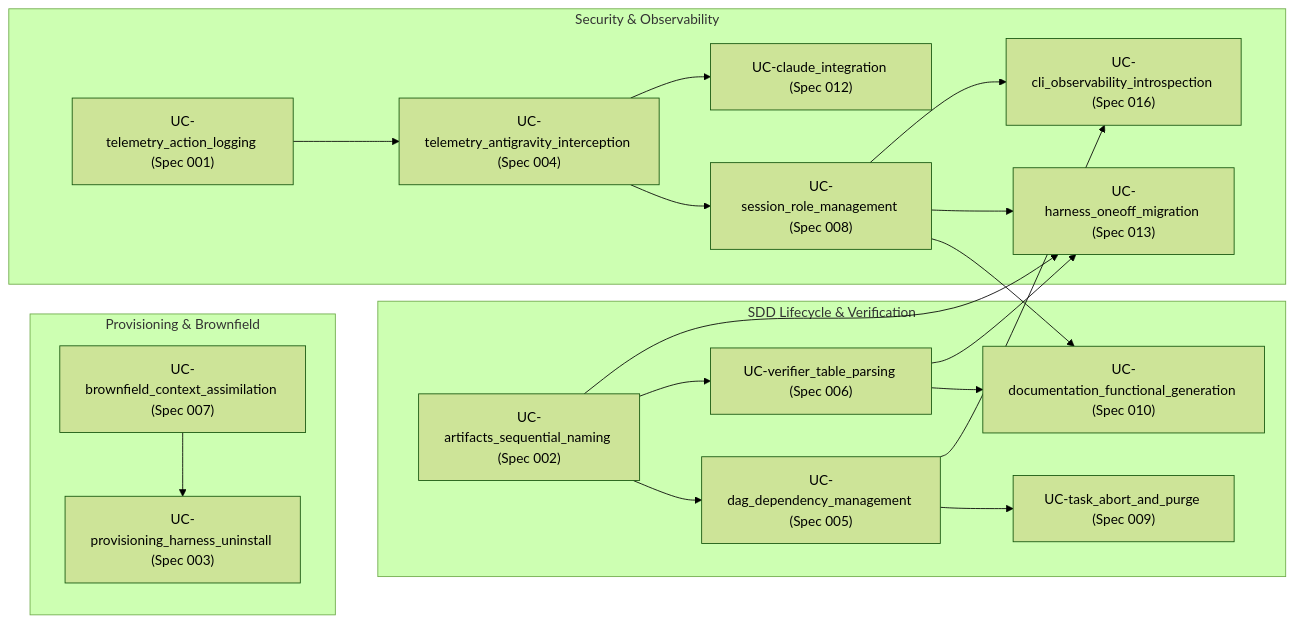
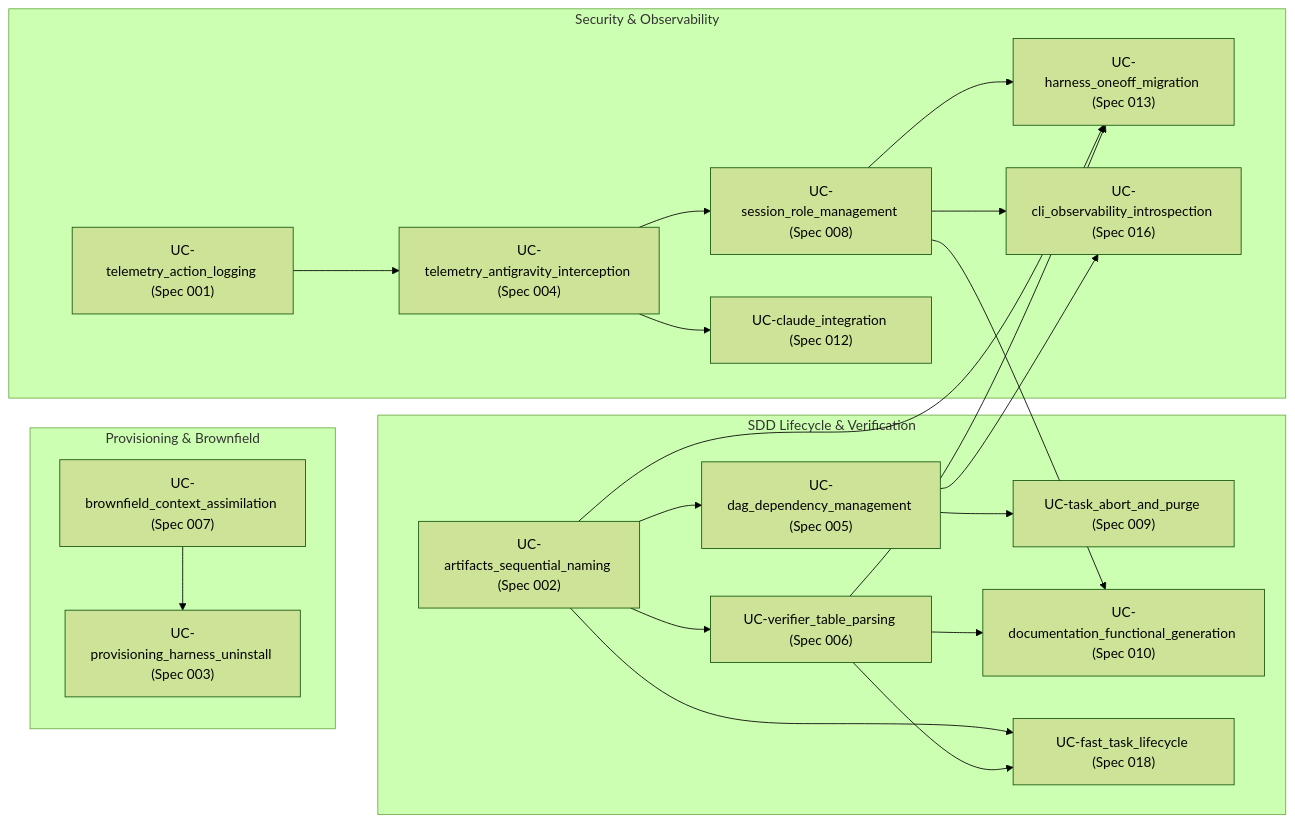
The diagram in docs/use-cases/README.md (Calevin/seb-harness), drawn with Mermaid (forest theme) before and after one commit. The commit also changed other lines of this file and 9 other files, not shown here.

````diff
--- a/docs/use-cases/README.md
+++ b/docs/use-cases/README.md
@@ -25,25 +26,27 @@
 ```mermaid
 flowchart LR
     subgraph Provisioning["Provisioning & Brownfield"]
         UC007["UC-brownfield_context_assimilation (Spec 007)"] --> UC003["UC-provisioning_harness_uninstall (Spec 003)"]
     end
 
     subgraph CoreSDD["SDD Lifecycle & Verification"]
         UC002["UC-artifacts_sequential_naming (Spec 002)"] --> UC005["UC-dag_dependency_management (Spec 005)"]
         UC002 --> UC006["UC-verifier_table_parsing (Spec 006)"]
         UC005 --> UC009["UC-task_abort_and_purge (Spec 009)"]
         UC006 --> UC010["UC-documentation_functional_generation (Spec 010)"]
+        UC002 --> UC018["UC-fast_task_lifecycle (Spec 018)"]
+        UC006 --> UC018
     end
 
     subgraph SecurityAndTelemetry["Security & Observability"]
         UC001["UC-telemetry_action_logging (Spec 001)"] --> UC004["UC-telemetry_antigravity_interception (Spec 004)"]
         UC004 --> UC008["UC-session_role_management (Spec 008)"]
         UC008 --> UC010
         UC004 --> UC012["UC-claude_integration (Spec 012)"]
         UC008 --> UC013["UC-harness_oneoff_migration (Spec 013)"]
         UC002 --> UC013
         UC006 --> UC013
         UC005 --> UC016["UC-cli_observability_introspection (Spec 016)"]
         UC008 --> UC016
     end
 ```
````
